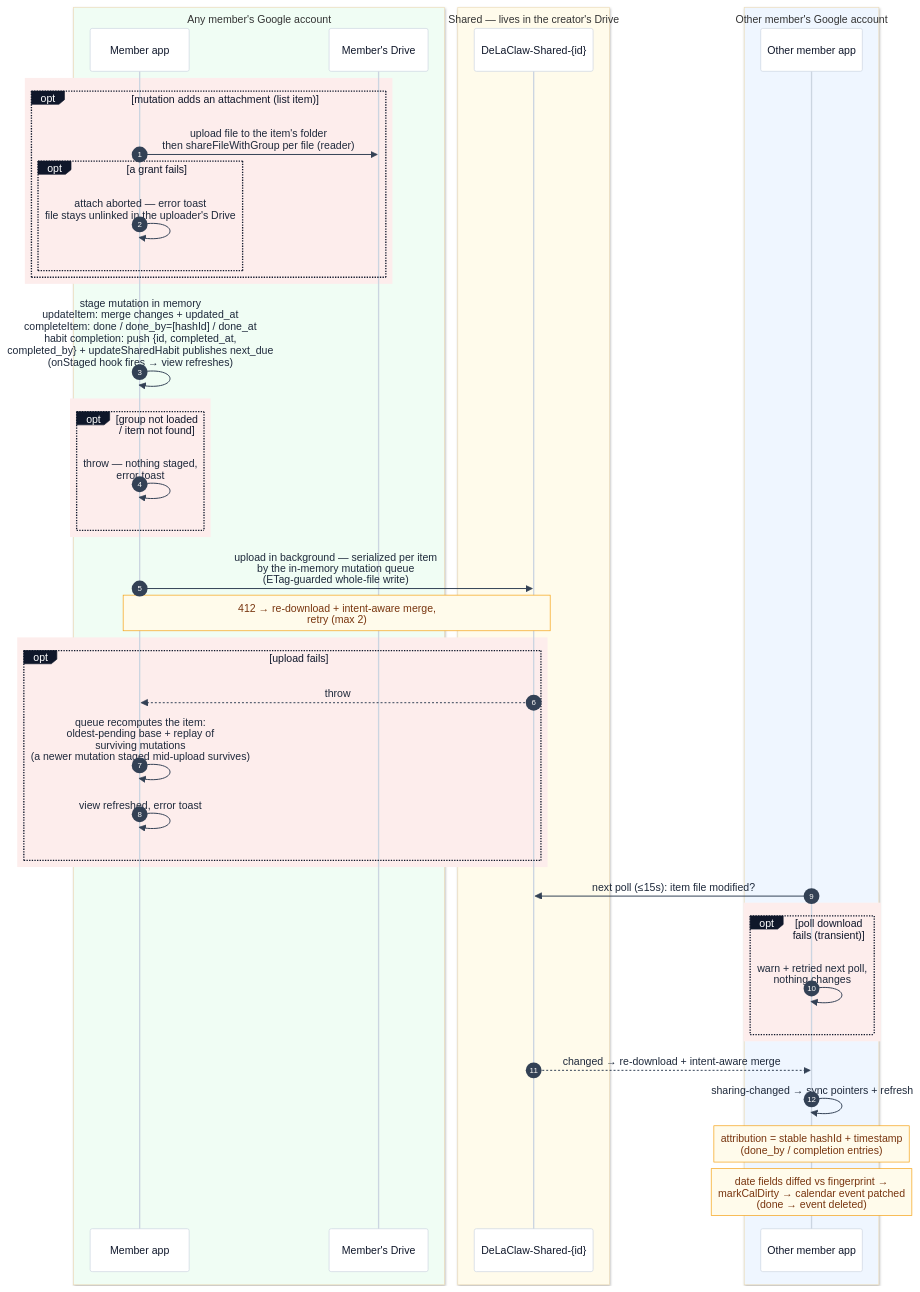
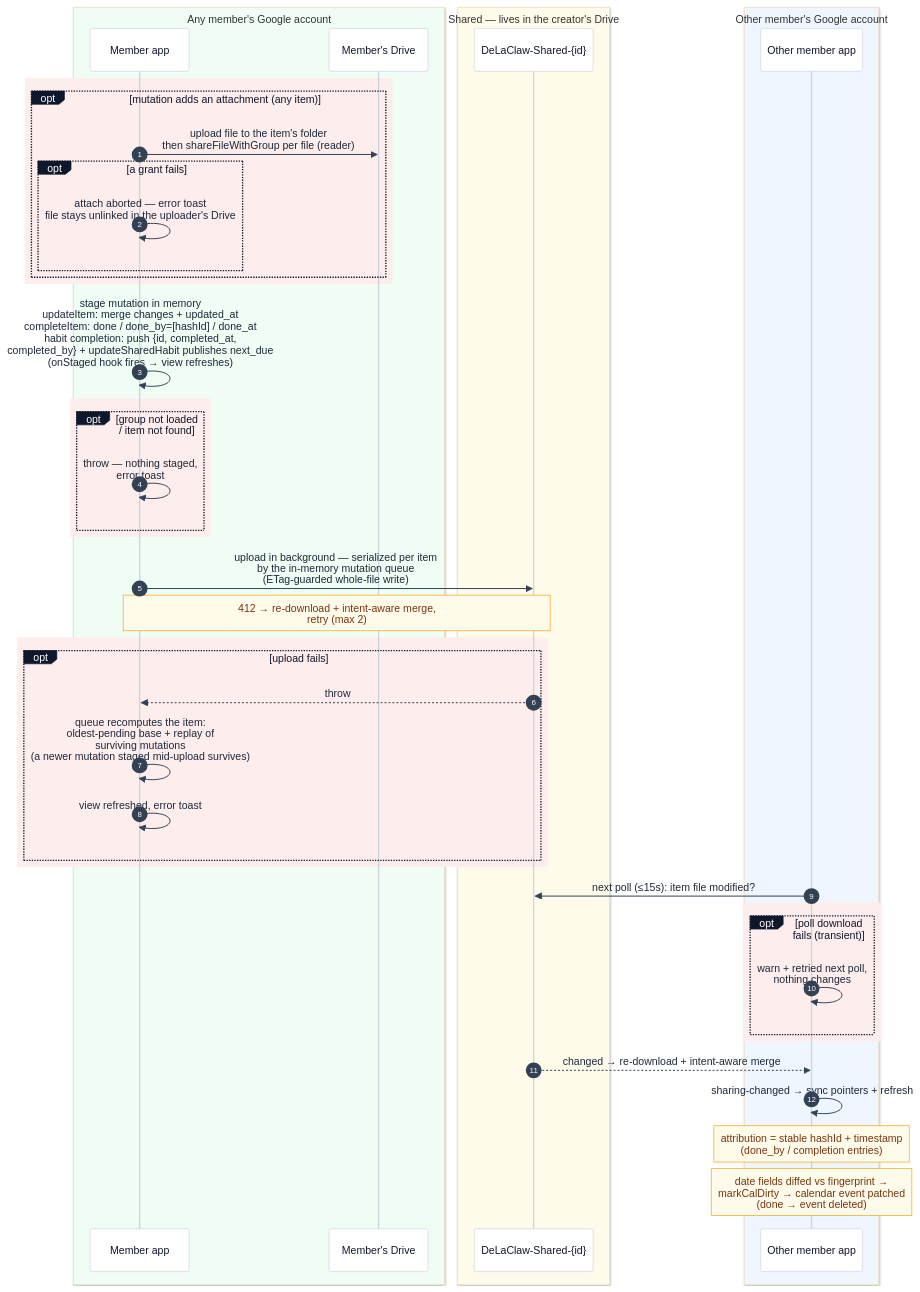
Before and after one commit to AntGro/DeLaClaw: the seventh of 14 diagrams in docs-site/sharing.md, drawn with Mermaid. The commit also changed other lines of this file and 27 other files, not shown here.

````diff
--- a/docs-site/sharing.md
+++ b/docs-site/sharing.md
@@ -338,49 +338,49 @@
 ```mermaid
 %%{init: {'theme': 'base', 'themeVariables': {'background': '#fbfaf8', 'actorBkg': '#ffffff', 'actorBorder': '#cbd5e1', 'actorTextColor': '#0f172a', 'actorLineColor': '#cbd5e1', 'signalColor': '#334155', 'signalTextColor': '#1e293b', 'noteBkgColor': '#fffbeb', 'noteBorderColor': '#f59e0b', 'noteTextColor': '#78350f', 'labelBoxBkgColor': '#0f172a', 'labelBoxBorderColor': '#0f172a', 'labelTextColor': '#ffffff'}}}%%
 sequenceDiagram
     autonumber
     box rgb(240,253,244) Any member's Google account
     participant MA as Member app
     participant MD as Member's Drive
     end
     box rgb(255,251,235) Shared — lives in the creator's Drive
     participant SF as DeLaClaw-Shared-{id}
     end
     box rgb(239,246,255) Other member's Google account
     participant OA as Other member app
     end
 
     rect rgb(253, 237, 236)
-    opt mutation adds an attachment (list item)
+    opt mutation adds an attachment (any item)
         MA->>MD: upload file to the item's folder<br/>then shareFileWithGroup per file (reader)
         opt a grant fails
             MA->>MA: attach aborted — error toast<br/>file stays unlinked in the uploader's Drive
         end
     end
     end
     MA->>MA: stage mutation in memory<br/>updateItem: merge changes + updated_at<br/>completeItem: done / done_by=[hashId] / done_at<br/>habit completion: push {id, completed_at,<br/>completed_by} + updateSharedHabit publishes next_due<br/>(onStaged hook fires → view refreshes)
     rect rgb(253, 237, 236)
     opt group not loaded / item not found
         MA->>MA: throw — nothing staged,<br/>error toast
     end
     end
     MA->>SF: upload in background — serialized per item<br/>by the in-memory mutation queue<br/>(ETag-guarded whole-file write)
     Note over MA,SF: 412 → re-download + intent-aware merge,<br/>retry (max 2)
     rect rgb(253, 237, 236)
     opt upload fails
         SF-->>MA: throw
         MA->>MA: queue recomputes the item:<br/>oldest-pending base + replay of<br/>surviving mutations<br/>(a newer mutation staged mid-upload survives)
         MA->>MA: view refreshed, error toast
     end
     end
     OA->>SF: next poll (≤15s): item file modified?
     rect rgb(253, 237, 236)
     opt poll download fails (transient)
         OA->>OA: warn + retried next poll,<br/>nothing changes
     end
     end
     SF-->>OA: changed → re-download + intent-aware merge
     OA->>OA: sharing-changed → sync pointers + refresh
     Note over OA: attribution = stable hashId + timestamp<br/>(done_by / completion entries)
     Note over OA: date fields diffed vs fingerprint →<br/>markCalDirty → calendar event patched<br/>(done → event deleted)
 ```
````
